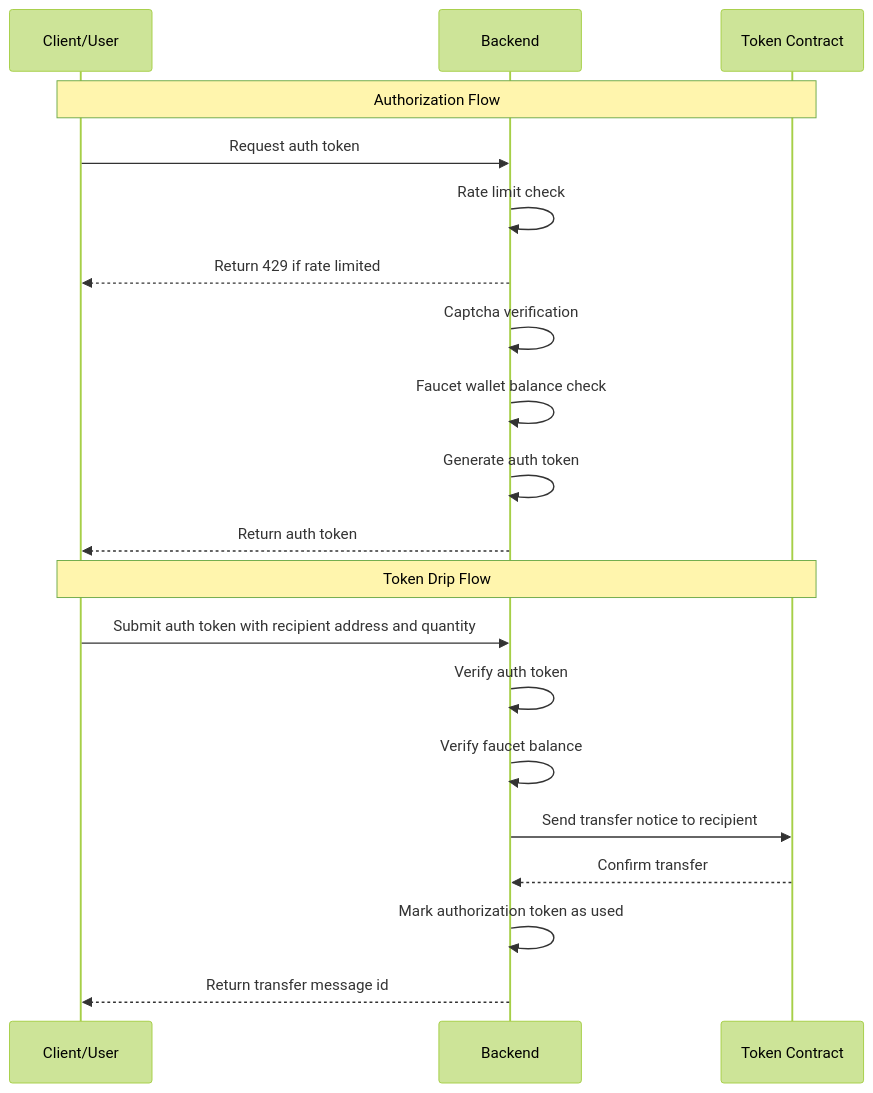
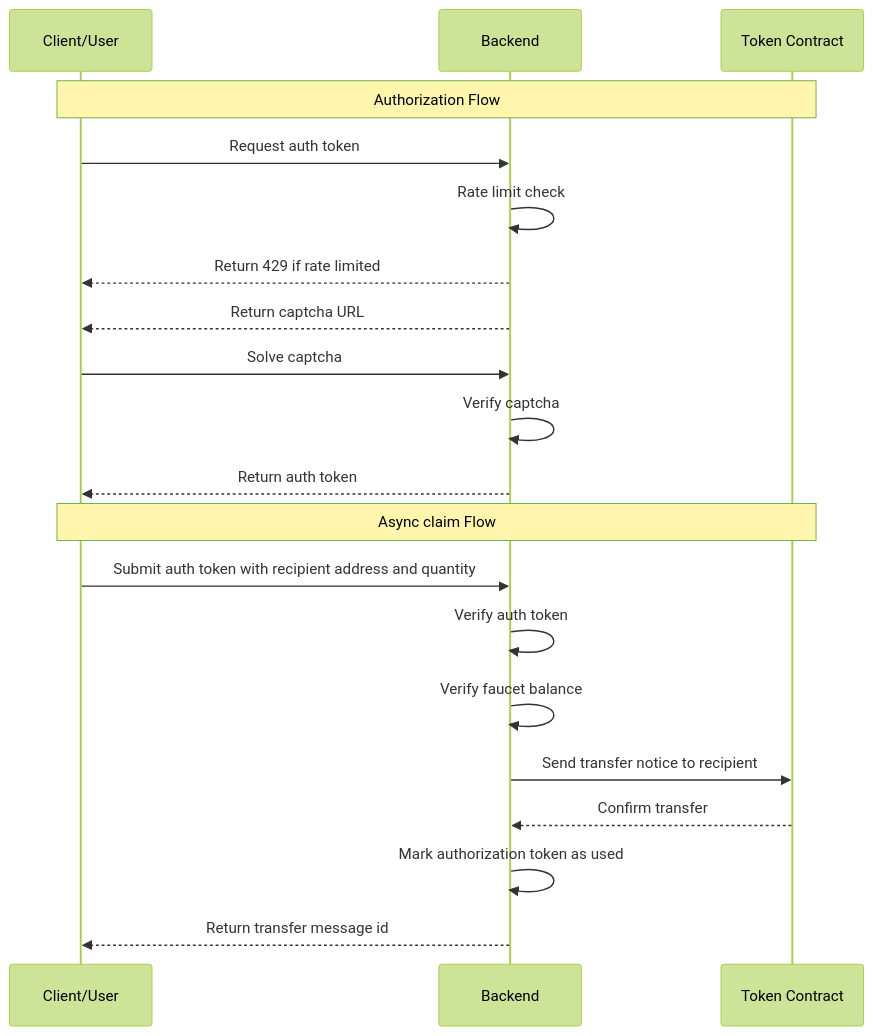
Before and after one commit to ar-io/ar-io-faucet: the second of 2 diagrams in README.md, drawn with Mermaid (forest theme). The commit also changed other lines of this file and 5 other files, not shown here.

First line of the commit message:
fix(api): update `drip` to `claim`

````diff
--- a/README.md
+++ b/README.md
@@ -7,24 +49,25 @@
 ```mermaid
 sequenceDiagram
     participant Client/User
     participant Backend
     participant Token Contract
 
     Note over Client/User,Token Contract: Authorization Flow
     Client/User->>Backend: Request auth token
     Backend->>Backend: Rate limit check
     Backend-->>Client/User: Return 429 if rate limited
-    Backend->>Backend: Captcha verification
-    Backend->>Backend: Faucet wallet balance check
-    Backend->>Backend: Generate auth token
+    Backend-->>Client/User: Return captcha URL
+
+    Client/User->>Backend: Solve captcha
+    Backend->>Backend: Verify captcha
     Backend-->>Client/User: Return auth token
 
-    Note over Client/User,Token Contract: Token Drip Flow
+    Note over Client/User,Token Contract: Async claim Flow
     Client/User->>Backend: Submit auth token with recipient address and quantity
     Backend->>Backend: Verify auth token
     Backend->>Backend: Verify faucet balance
     Backend->>Token Contract: Send transfer notice to recipient
     Token Contract-->>Backend: Confirm transfer
     Backend->>Backend: Mark authorization token as used
     Backend-->>Client/User: Return transfer message id
 ```
````
